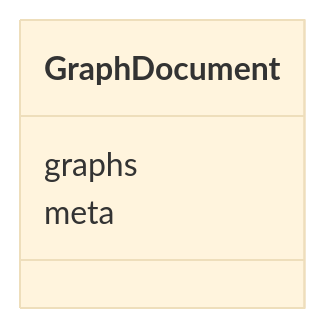
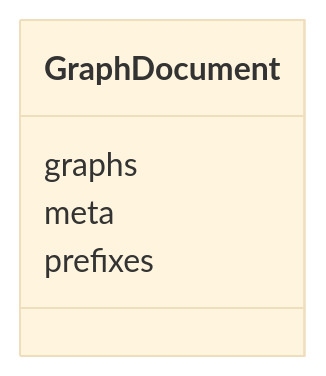
Before and after one commit to INCATools/ontology-access-kit: the diagram in obograph/GraphDocument.md, drawn with Mermaid (base theme). The commit also changed other lines of this file and 66 other files, not shown here.

````diff
--- a/obograph/GraphDocument.md
+++ b/obograph/GraphDocument.md
@@ -11,7 +11,8 @@
 ```{mermaid}
  classDiagram
     class GraphDocument
       GraphDocument : graphs
       GraphDocument : meta
+      GraphDocument : prefixes
       
 ```
````
